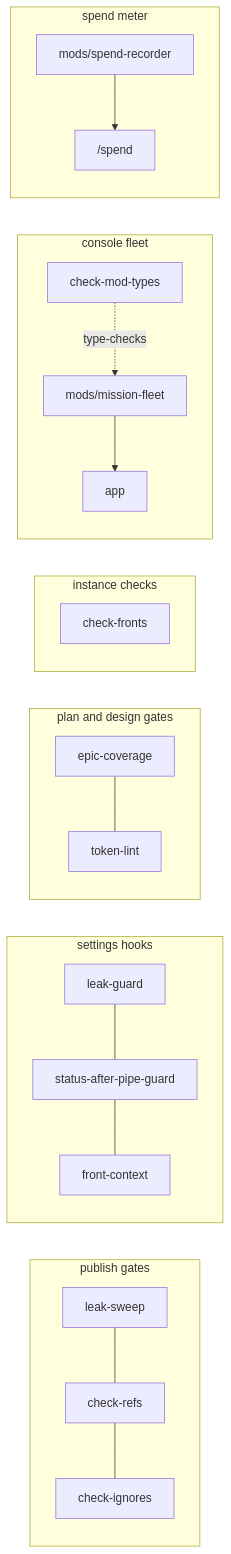
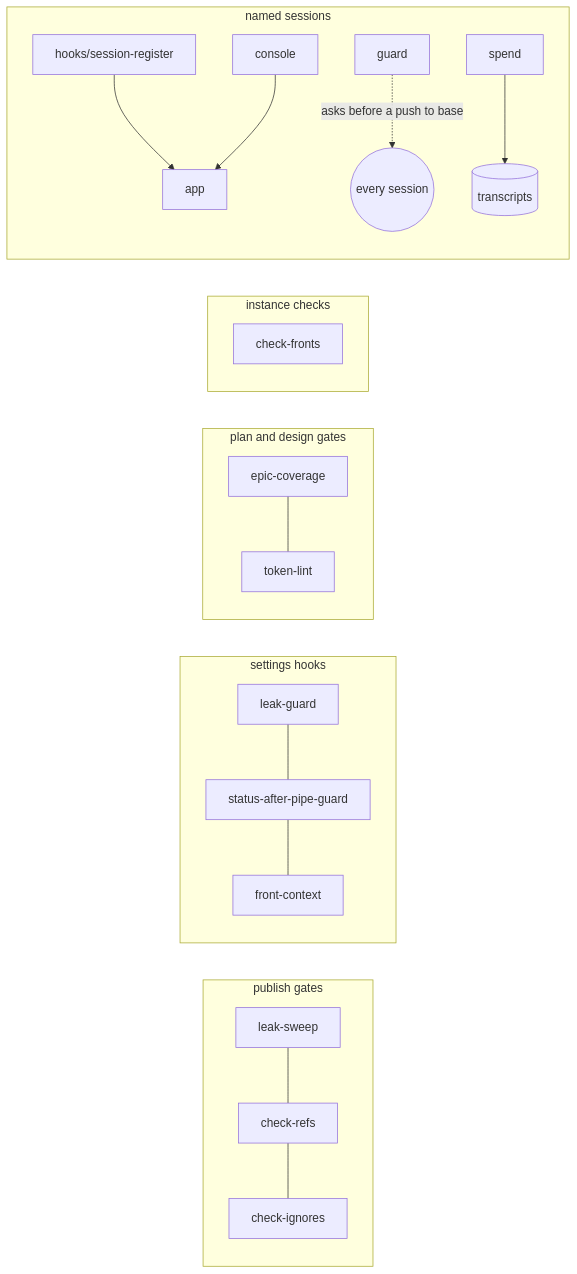
Before and after one commit to sultanassi95/mission-control: the diagram in tools/README.md, drawn with Mermaid. The commit also changed other lines of this file and 33 other files, not shown here.

````diff
--- a/tools/README.md
+++ b/tools/README.md
@@ -6,22 +6,21 @@
 ```mermaid
 flowchart LR
   subgraph PUB[publish gates]
     LS[leak-sweep] --- CR[check-refs] --- CI[check-ignores]
   end
   subgraph HK[settings hooks]
     LG[leak-guard] --- SP[status-after-pipe-guard] --- FC[front-context]
   end
   subgraph PLAN[plan and design gates]
     EC[epic-coverage] --- TL[token-lint]
   end
   subgraph INST[instance checks]
     CF[check-fronts]
   end
-  subgraph FLEET[console fleet]
-    MF[mods/mission-fleet] --> APP[app]
-    CMT[check-mod-types] -. type-checks .-> MF
-  end
-  subgraph METER[spend meter]
-    SR[mods/spend-recorder] --> SPEND["/spend"]
+  subgraph SESS[named sessions]
+    SR[hooks/session-register] --> APP[app]
+    CON[console] --> APP
+    GD[guard] -. asks before a push to base .-> SESSION((every session))
+    SPD[spend] --> TX[(transcripts)]
   end
 ```
````
